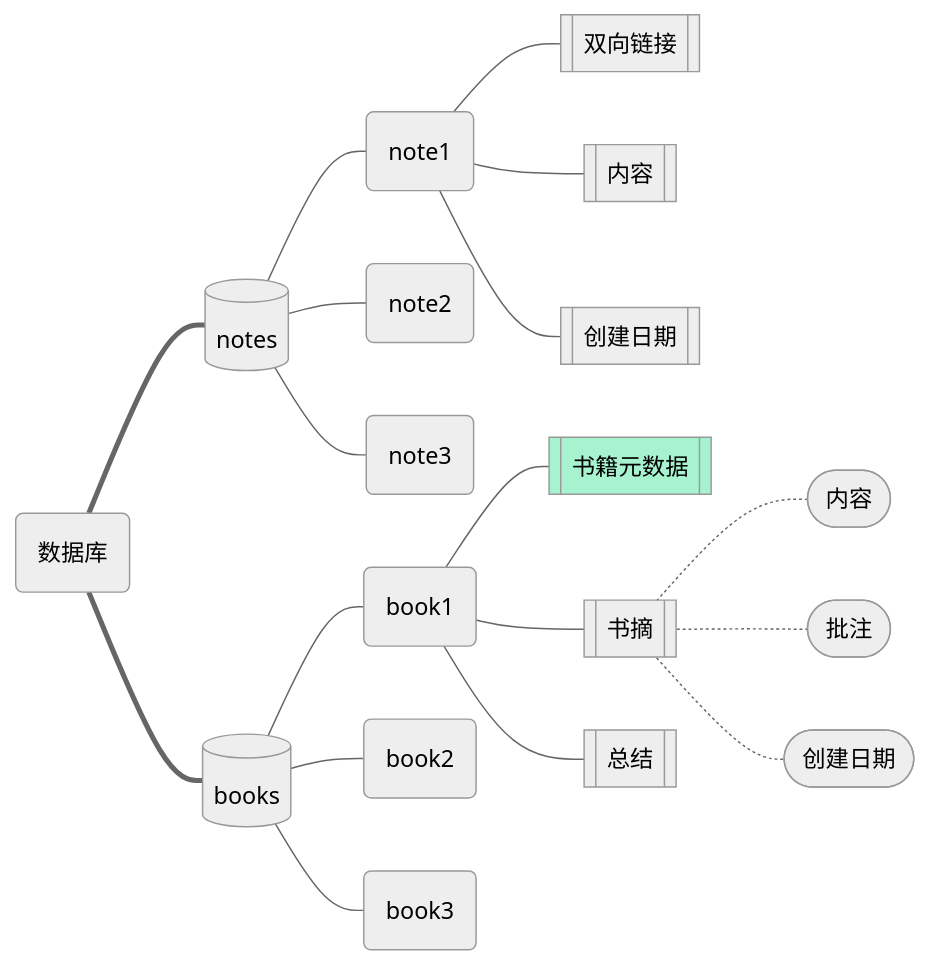
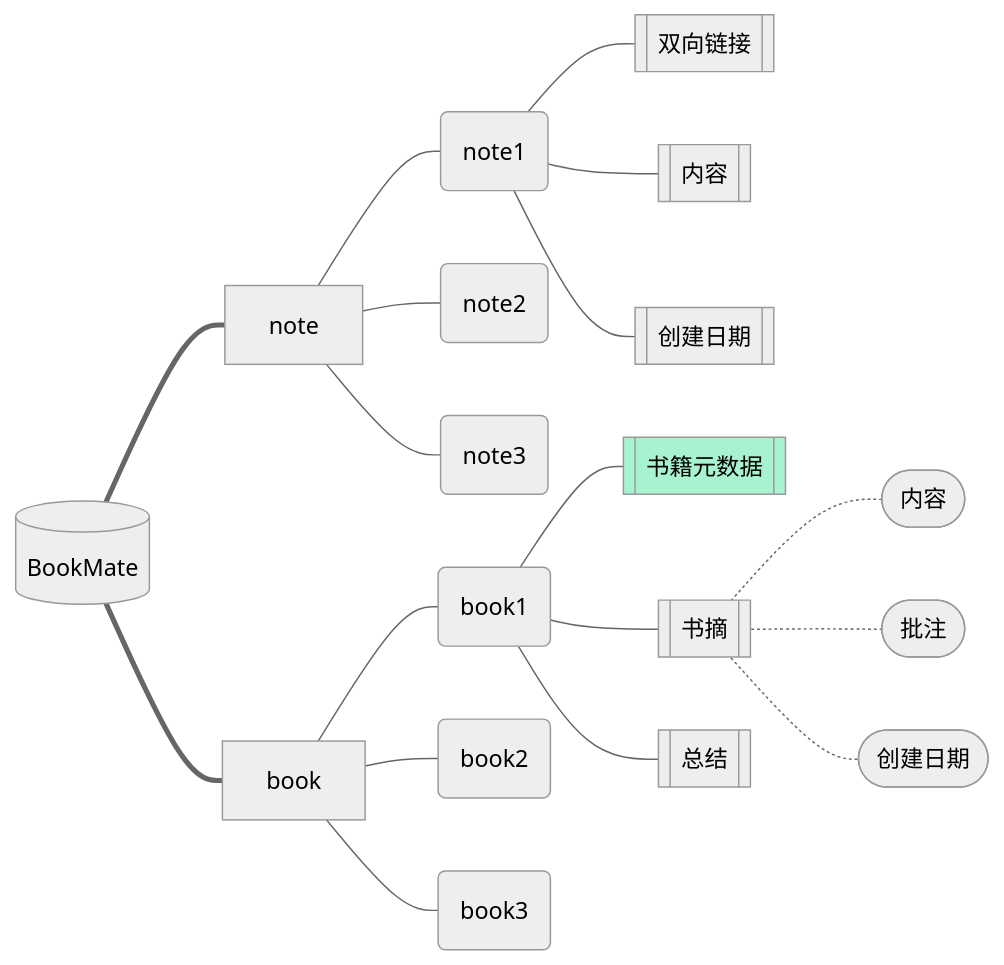
The first of 2 diagrams in Database.md (Benbinbin/BookMate), drawn with Mermaid (neutral theme) before and after one commit. The commit also changed other lines of this file and 10 other files, not shown here.

````diff
--- a/Database.md
+++ b/Database.md
@@ -5,26 +5,26 @@
 ```mermaid
 graph LR
-  root(数据库) === notes[(notes)]
-  root === books[(books)]
+  root[(BookMate)] === note[note]
+  root === book[book]
   
-  books --- book1(book1)
-  books --- book2(book2)
-  books --- book3(book3)
+  book --- book1(book1)
+  book --- book2(book2)
+  book --- book3(book3)
   
-  notes --- note1(note1)
-  notes --- note2(note2)
-  notes --- note3(note3)
+  note --- note1(note1)
+  note --- note2(note2)
+  note --- note3(note3)
   
   note1 --- link[[双向链接]]
   note1 --- noteContent[[内容]]
   note1 --- noteCreatedDate[[创建日期]]
 
   book1 ---  metadata[[书籍元数据]]
   style metadata fill: #A7F3D0
   book1 ---  quote[[书摘]]
   book1 ---  summary[[总结]]
 
   quote -.- quoteContent([内容])
   quote -.- comment([批注])
   quote -.- quoteCreatedDate([创建日期])
 ```
````
